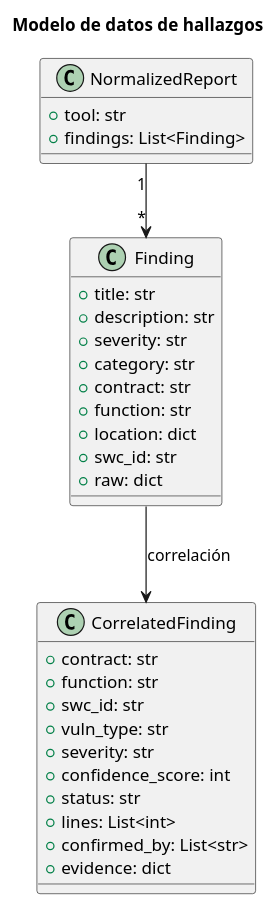
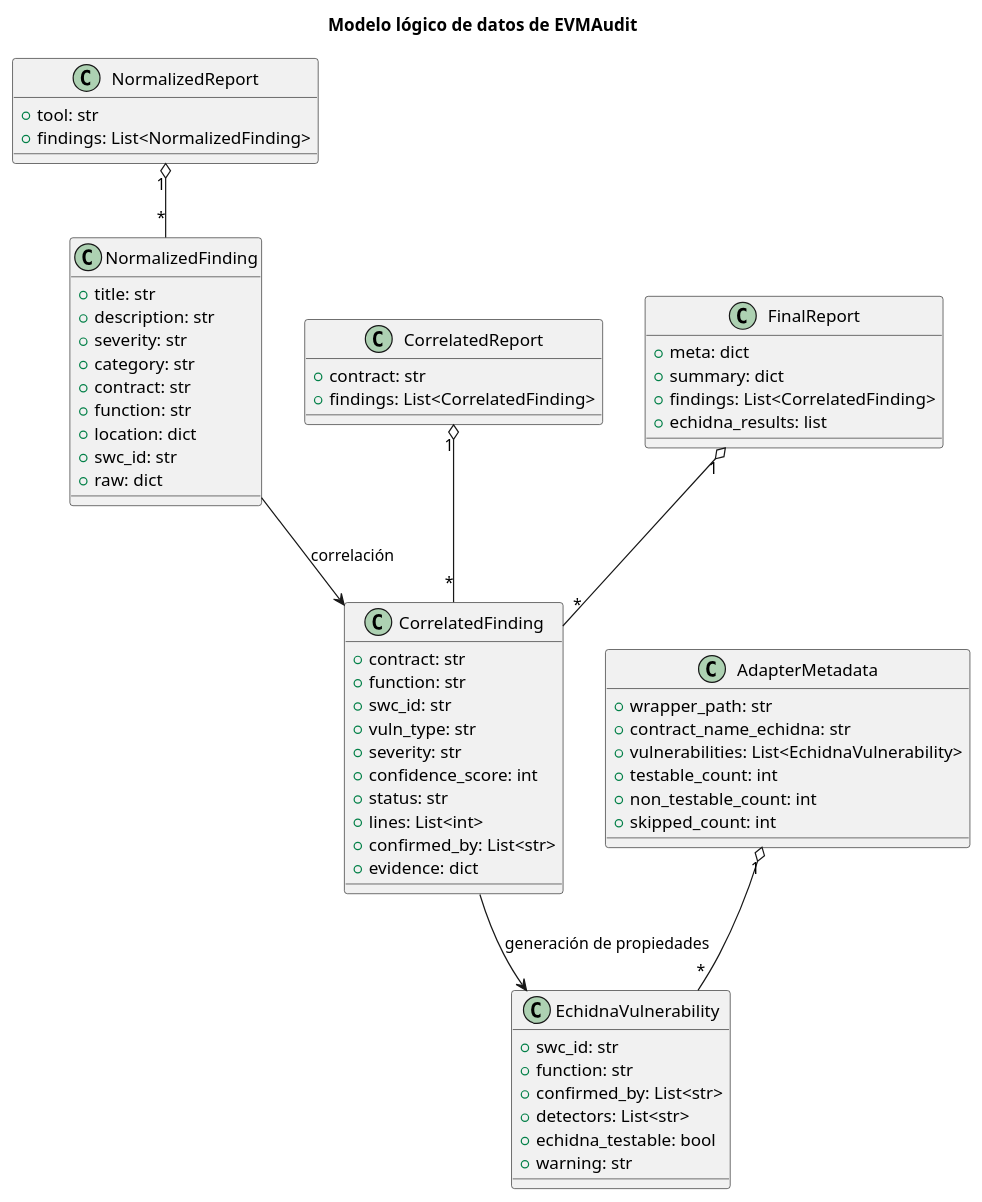
Before and after one commit to pardalaco/TFM-UNIR: the fourth of 11 diagrams in docs-TFM-UNIR/Entrega/Diagramas/Diagramas.md, drawn with PlantUML. The commit also changed other lines of this file, not shown here.

Commit message:
Diagramas mejorados

````diff
--- a/docs-TFM-UNIR/Entrega/Diagramas/Diagramas.md
+++ b/docs-TFM-UNIR/Entrega/Diagramas/Diagramas.md
@@ -112,39 +175,76 @@
 ```plantuml
 @startuml
-title Modelo de datos de hallazgos
+title Modelo lógico de datos de EVMAudit
+
+skinparam shadowing false
 
 class NormalizedReport {
   +tool: str
-  +findings: List<Finding>
+  +findings: List<NormalizedFinding>
 }
 
-class Finding {
+class NormalizedFinding {
   +title: str
   +description: str
   +severity: str
   +category: str
   +contract: str
   +function: str
   +location: dict
   +swc_id: str
   +raw: dict
+}
+
+class CorrelatedReport {
+  +contract: str
+  +findings: List<CorrelatedFinding>
 }
 
 class CorrelatedFinding {
   +contract: str
   +function: str
   +swc_id: str
   +vuln_type: str
   +severity: str
   +confidence_score: int
   +status: str
   +lines: List<int>
   +confirmed_by: List<str>
   +evidence: dict
 }
 
-NormalizedReport "1" --> "*" Finding
-Finding --> CorrelatedFinding : correlación
+class AdapterMetadata {
+  +wrapper_path: str
+  +contract_name_echidna: str
+  +vulnerabilities: List<EchidnaVulnerability>
+  +testable_count: int
+  +non_testable_count: int
+  +skipped_count: int
+}
+
+class EchidnaVulnerability {
+  +swc_id: str
+  +function: str
+  +confirmed_by: List<str>
+  +detectors: List<str>
+  +echidna_testable: bool
+  +warning: str
+}
+
+class FinalReport {
+  +meta: dict
+  +summary: dict
+  +findings: List<CorrelatedFinding>
+  +echidna_results: list
+}
+
+NormalizedReport "1" o-- "*" NormalizedFinding
+CorrelatedReport "1" o-- "*" CorrelatedFinding
+AdapterMetadata "1" o-- "*" EchidnaVulnerability
+FinalReport "1" o-- "*" CorrelatedFinding
+
+NormalizedFinding --> CorrelatedFinding : correlación
+CorrelatedFinding --> EchidnaVulnerability : generación de propiedades
 
 @enduml
 ```
````
